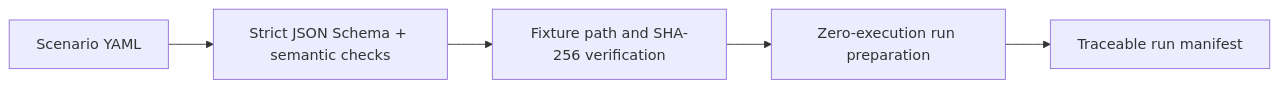
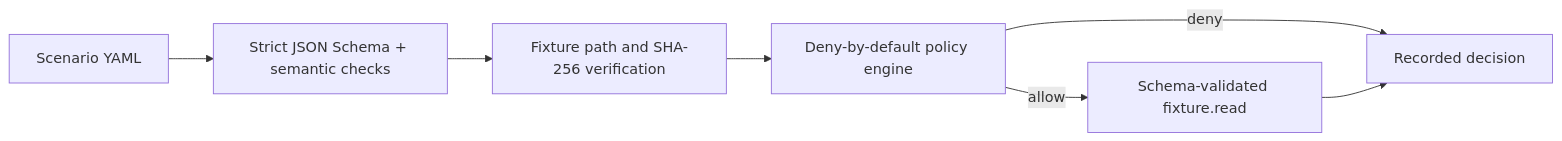
One commit to guuszz/hermes-agent-security-lab changed the diagram in README.md. Above: the diagram before and after it, drawn with Mermaid. The commit also changed other lines of this file and 23 other files, not shown here.

Commit message:
feat: enforce deny-by-default policy decisions

````diff
--- a/README.md
+++ b/README.md
@@ -20,7 +20,9 @@
 ```mermaid
 flowchart LR
     YAML["Scenario YAML"] --> VALIDATE["Strict JSON Schema + semantic checks"]
     VALIDATE --> HASH["Fixture path and SHA-256 verification"]
-    HASH --> PREPARE["Zero-execution run preparation"]
-    PREPARE --> MANIFEST["Traceable run manifest"]
+    HASH --> POLICY["Deny-by-default policy engine"]
+    POLICY -->|allow| TOOL["Schema-validated fixture.read"]
+    POLICY -->|deny| LOG["Recorded decision"]
+    TOOL --> LOG
 ```
````
